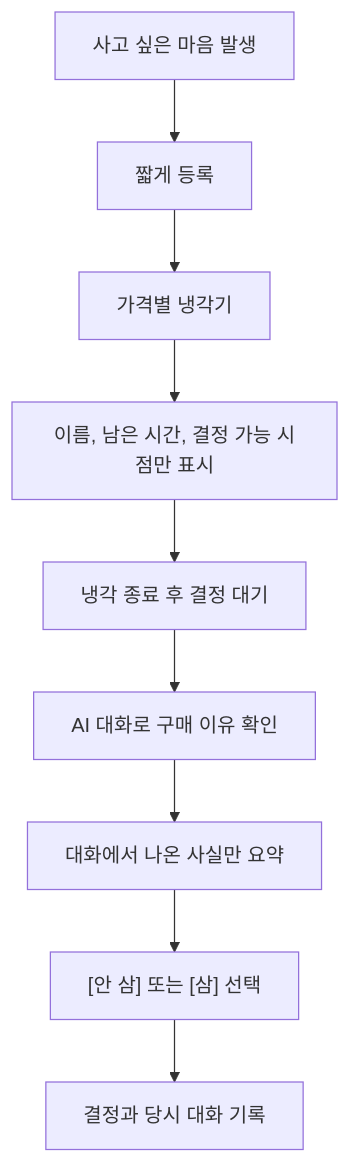
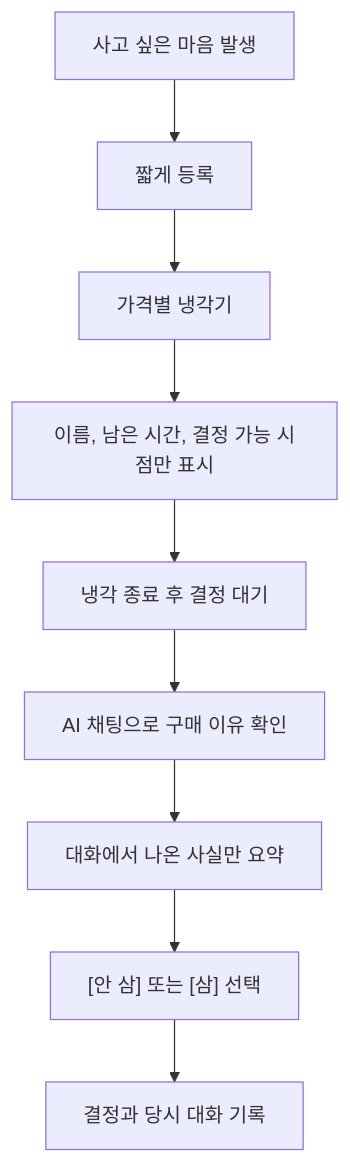
Before and after one commit to web-ppu/cooling-off: the diagram in docs/pm/기획-배경.md, drawn with Mermaid. The commit also changed other lines of this file and 7 other files, not shown here.

````diff
--- a/docs/pm/기획-배경.md
+++ b/docs/pm/기획-배경.md
@@ -102,11 +102,11 @@
 ```mermaid
 flowchart TD
   Want["사고 싶은 마음 발생"] --> Register["짧게 등록"]
   Register --> Cooling["가격별 냉각기"]
   Cooling --> Minimal["이름, 남은 시간, 결정 가능 시점만 표시"]
   Minimal --> Ready["냉각 종료 후 결정 대기"]
-  Ready --> Chat["AI 대화로 구매 이유 확인"]
+  Ready --> Chat["AI 채팅으로 구매 이유 확인"]
   Chat --> Summary["대화에서 나온 사실만 요약"]
   Summary --> Choice["[안 삼] 또는 [삼] 선택"]
   Choice --> Record["결정과 당시 대화 기록"]
 ```
````
